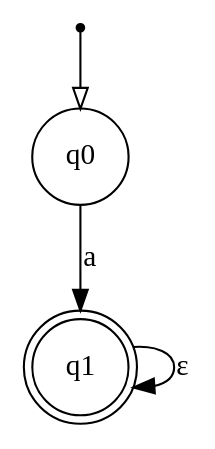
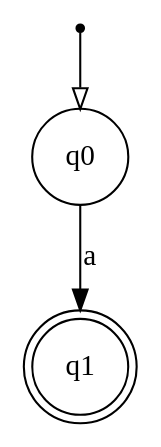
Before and after one commit to qianyouwang/cs138-hw02: the diagram in 5c.nfa.pdf.dot, drawn with Graphviz. The commit also changed 6 other files, not shown here.

```diff
--- a/5c.nfa.pdf.dot
+++ b/5c.nfa.pdf.dot
@@ -1,9 +1,8 @@
 digraph {
   node [shape=point]; __start;
   node [shape = circle]; q0;
   node [shape = doublecircle]; q1;
 
   __start -> q0 [arrowhead = empty];
   q0 -> q1 [label = "a"];
-  q1 -> q1 [label = "ε"];
 }
```
